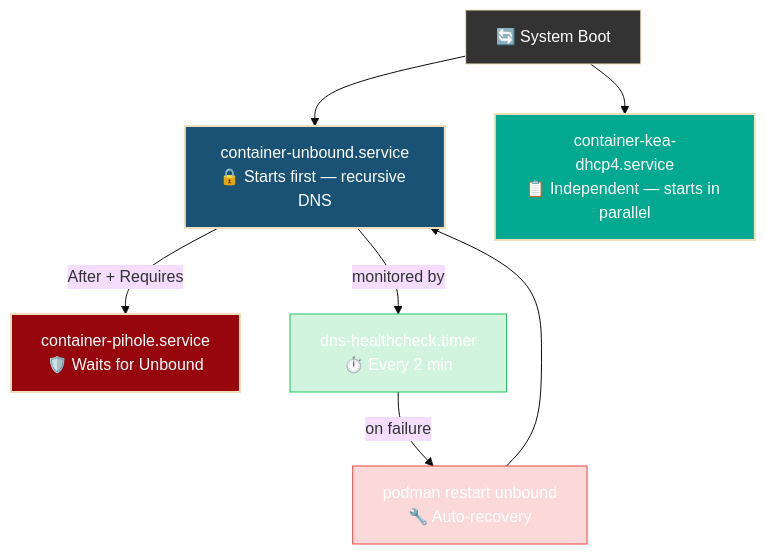
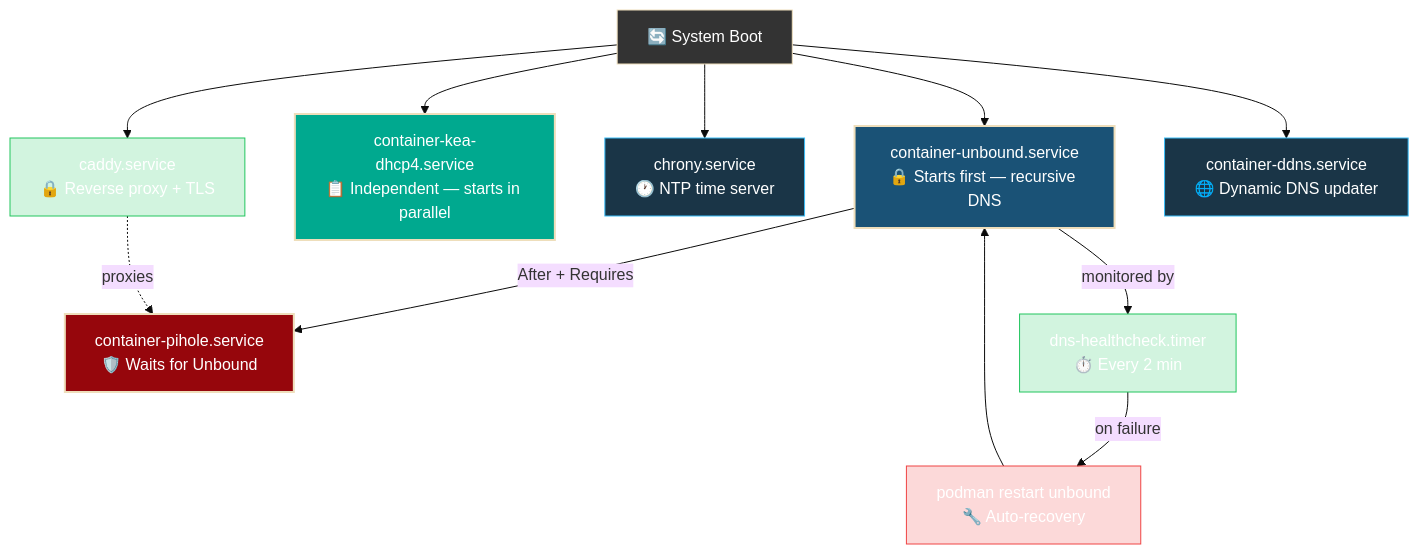
One commit to ParkWardRR/zelira changed the fourth of 7 diagrams in README.md. Above: the diagram before and after it, drawn with Mermaid (base theme). The commit also changed other lines of this file and 3 other files, not shown here.

````diff
--- a/README.md
+++ b/README.md
@@ -254,17 +282,25 @@
 ```mermaid
 flowchart TD
     BOOT["🔄 System Boot"] --> UB
     UB["container-unbound.service\n🔒 Starts first — recursive DNS"] --> |"After + Requires"| PH
     PH["container-pihole.service\n🛡️ Waits for Unbound"]
     BOOT --> KEA["container-kea-dhcp4.service\n📋 Independent — starts in parallel"]
     UB --> |"monitored by"| HC["dns-healthcheck.timer\n⏱️ Every 2 min"]
     HC --> |"on failure"| RESTART["podman restart unbound\n🔧 Auto-recovery"]
     RESTART --> UB
 
+    BOOT --> NTP["chrony.service\n🕐 NTP time server"]
+    BOOT --> CADDY["caddy.service\n🔒 Reverse proxy + TLS"]
+    BOOT --> DDNS["container-ddns.service\n🌐 Dynamic DNS updater"]
+    CADDY -.-> |"proxies"| PH
+
     style BOOT fill:#333,color:#fff
     style UB fill:#1A5276,color:#fff,stroke-width:2px
     style PH fill:#96060C,color:#fff,stroke-width:2px
     style KEA fill:#00A98F,color:#fff,stroke-width:2px
     style HC fill:#22c55e33,stroke:#22c55e,color:#fff
     style RESTART fill:#ef444433,stroke:#ef4444,color:#fff
+    style NTP fill:#1a3547,stroke:#38bdf8,color:#fff
+    style CADDY fill:#22c55e33,stroke:#22c55e,color:#fff
+    style DDNS fill:#1a3547,stroke:#38bdf8,color:#fff
 ```
````
